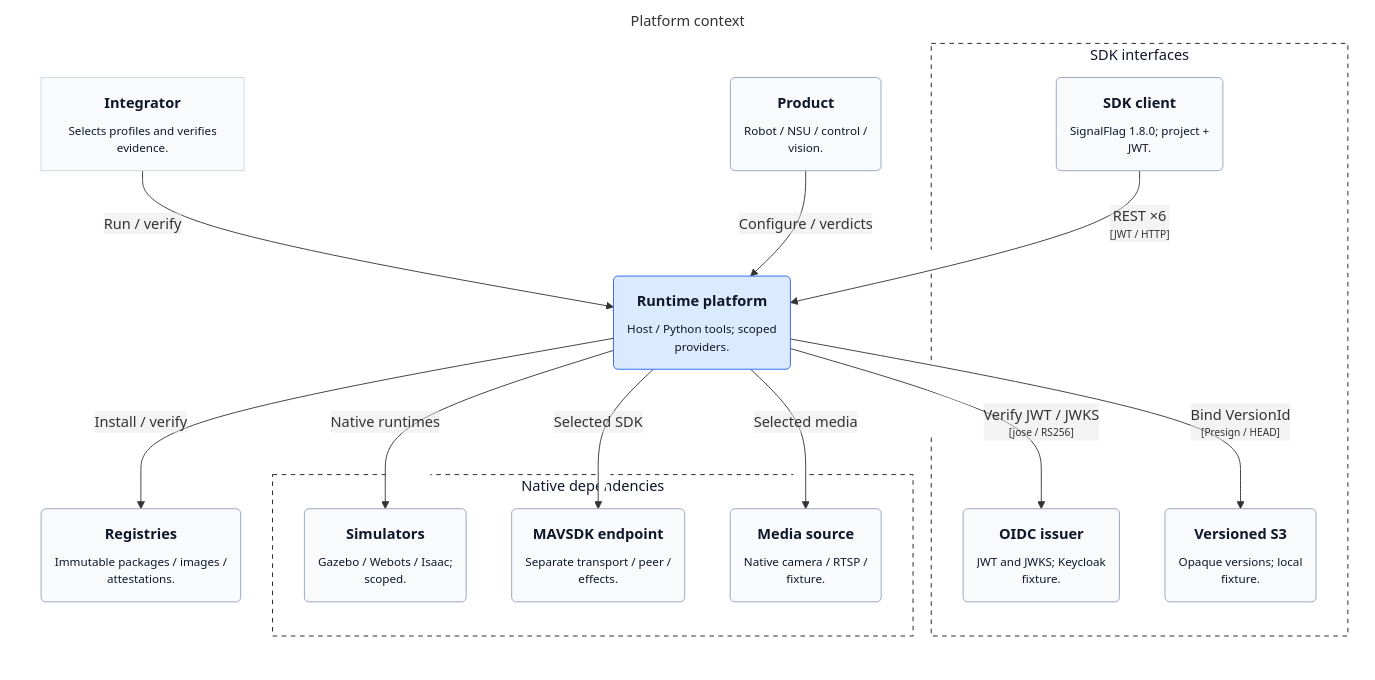
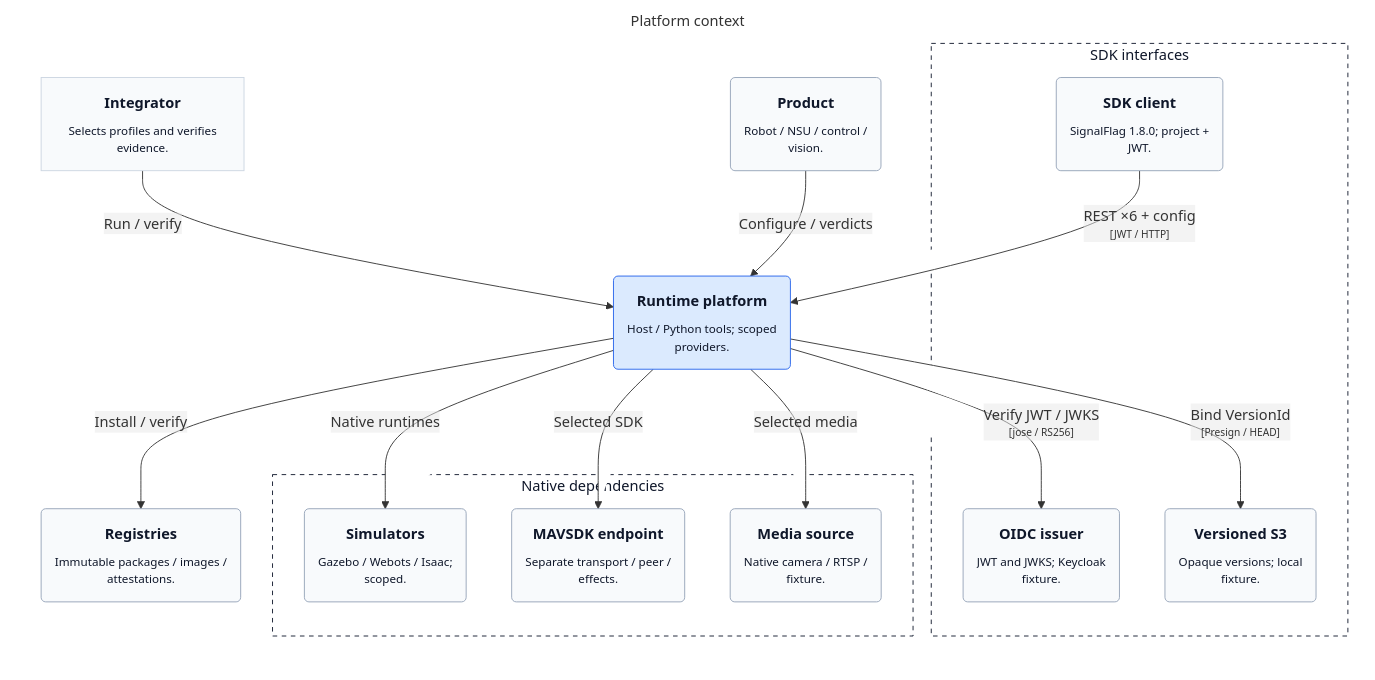
The diagram in docs/architecture/generated/structurizr-Context.mmd (mmkolpakov/robotics-runtime), drawn with Mermaid before and after one commit. The commit also changed 26 other files, not shown here.

```diff
--- a/docs/architecture/generated/structurizr-Context.mmd
+++ b/docs/architecture/generated/structurizr-Context.mmd
@@ -1,48 +1,48 @@
 graph LR
   linkStyle default fill:#ffffff
 
   subgraph diagram ["Platform context"]
     style diagram fill:#ffffff,stroke:#ffffff
 
     subgraph group1 ["Native dependencies"]
       style group1 fill:#ffffff,stroke:#0f172a,color:#0f172a,stroke-dasharray:5
 
       3("<div style='font-weight: bold'>Simulators</div><div style='font-size: 80%; margin-top:10px'>Gazebo / Webots / Isaac;<br />scoped.</div>")
       style 3 fill:#f8fafc,stroke:#94a3b8,color:#0f172a
       4("<div style='font-weight: bold'>MAVSDK endpoint</div><div style='font-size: 80%; margin-top:10px'>Separate transport / peer /<br />effects.</div>")
       style 4 fill:#f8fafc,stroke:#94a3b8,color:#0f172a
       5("<div style='font-weight: bold'>Media source</div><div style='font-size: 80%; margin-top:10px'>Native camera / RTSP /<br />fixture.</div>")
       style 5 fill:#f8fafc,stroke:#94a3b8,color:#0f172a
     end
 
     subgraph group2 ["SDK interfaces"]
       style group2 fill:#ffffff,stroke:#0f172a,color:#0f172a,stroke-dasharray:5
 
       17("<div style='font-weight: bold'>SDK client</div><div style='font-size: 80%; margin-top:10px'>SignalFlag 1.8.0; project +<br />JWT.</div>")
       style 17 fill:#f8fafc,stroke:#94a3b8,color:#0f172a
       18("<div style='font-weight: bold'>OIDC issuer</div><div style='font-size: 80%; margin-top:10px'>JWT and JWKS; Keycloak<br />fixture.</div>")
       style 18 fill:#f8fafc,stroke:#94a3b8,color:#0f172a
       19("<div style='font-weight: bold'>Versioned S3</div><div style='font-size: 80%; margin-top:10px'>Opaque versions; local<br />fixture.</div>")
       style 19 fill:#f8fafc,stroke:#94a3b8,color:#0f172a
     end
 
     1["<div style='font-weight: bold'>Integrator</div><div style='font-size: 80%; margin-top:10px'>Selects profiles and verifies<br />evidence.</div>"]
     style 1 fill:#f8fafc,stroke:#cbd5e1,color:#0f172a
     2("<div style='font-weight: bold'>Product</div><div style='font-size: 80%; margin-top:10px'>Robot / NSU / control /<br />vision.</div>")
     style 2 fill:#f8fafc,stroke:#94a3b8,color:#0f172a
     6("<div style='font-weight: bold'>Registries</div><div style='font-size: 80%; margin-top:10px'>Immutable packages / images /<br />attestations.</div>")
     style 6 fill:#f8fafc,stroke:#94a3b8,color:#0f172a
     7("<div style='font-weight: bold'>Runtime platform</div><div style='font-size: 80%; margin-top:10px'>Host / Python tools; scoped<br />providers.</div>")
     style 7 fill:#dbeafe,stroke:#2563eb,color:#0f172a
 
     1-- "<div>Run / verify</div><div style='font-size: 70%'></div>" -->7
     2-- "<div>Configure / verdicts</div><div style='font-size: 70%'></div>" -->7
     7-- "<div>Native runtimes</div><div style='font-size: 70%'></div>" -->3
     7-- "<div>Selected SDK</div><div style='font-size: 70%'></div>" -->4
     7-- "<div>Selected media</div><div style='font-size: 70%'></div>" -->5
     7-- "<div>Install / verify</div><div style='font-size: 70%'></div>" -->6
-    17-- "<div>REST ×6</div><div style='font-size: 70%'>[JWT / HTTP]</div>" -->7
+    17-- "<div>REST ×6 + config</div><div style='font-size: 70%'>[JWT / HTTP]</div>" -->7
     7-- "<div>Verify JWT / JWKS</div><div style='font-size: 70%'>[jose / RS256]</div>" -->18
     7-- "<div>Bind VersionId</div><div style='font-size: 70%'>[Presign / HEAD]</div>" -->19
 
   end
```
